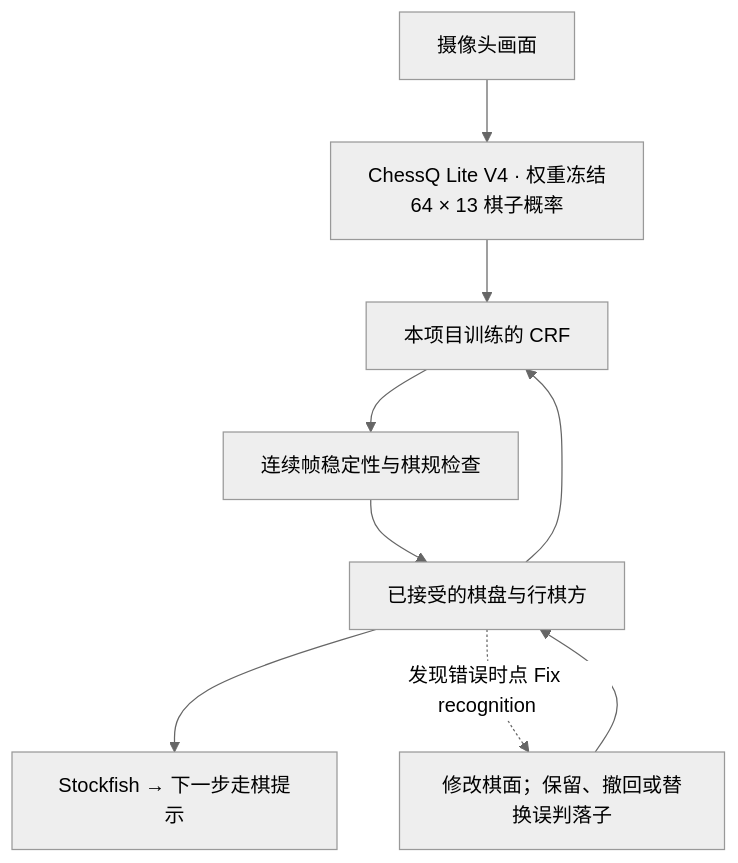
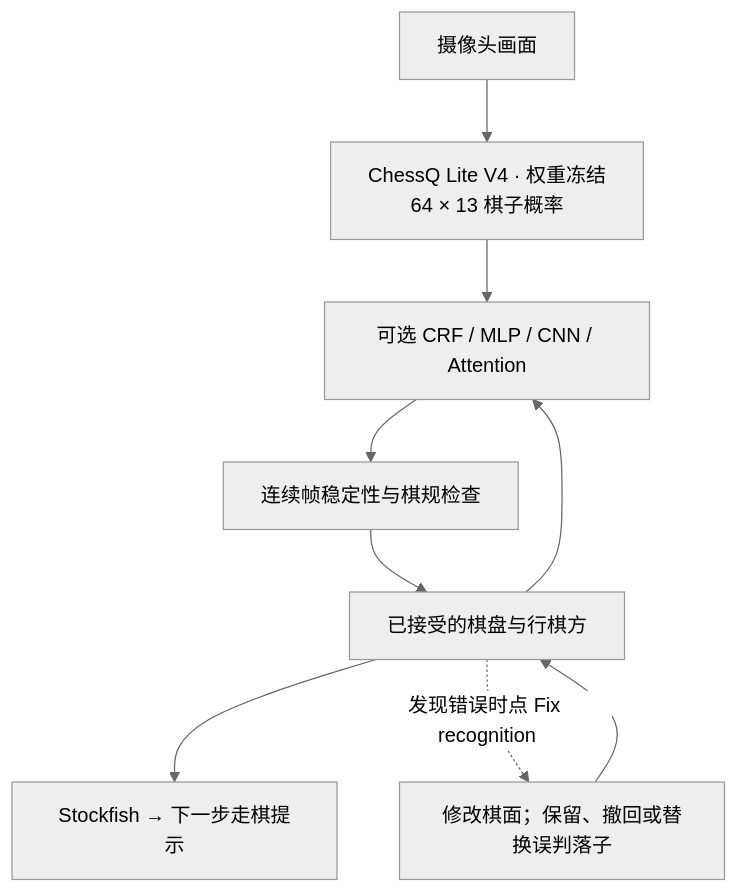
One commit to AmethystineAlpaca/camera_chess changed the diagram in README.zh-CN.md. Above: the diagram before and after it, drawn with Mermaid (neutral theme). The commit also changed other lines of this file and 16 other files, not shown here.

````diff
--- a/README.zh-CN.md
+++ b/README.zh-CN.md
@@ -33,11 +35,11 @@
 ```mermaid
 flowchart TD
     C["摄像头画面"] --> V["ChessQ Lite V4 · 权重冻结<br/>64 × 13 棋子概率"]
-    V --> R["本项目训练的 CRF"]
+    V --> R["可选 CRF / MLP / CNN / Attention"]
     G["已接受的棋盘与行棋方"] --> R
     R --> T["连续帧稳定性与棋规检查"]
     T --> G
     G --> S["Stockfish → 下一步走棋提示"]
     G -. "发现错误时点 Fix recognition" .-> F["修改棋面；保留、撤回或替换误判落子"]
     F --> G
 ```
````
